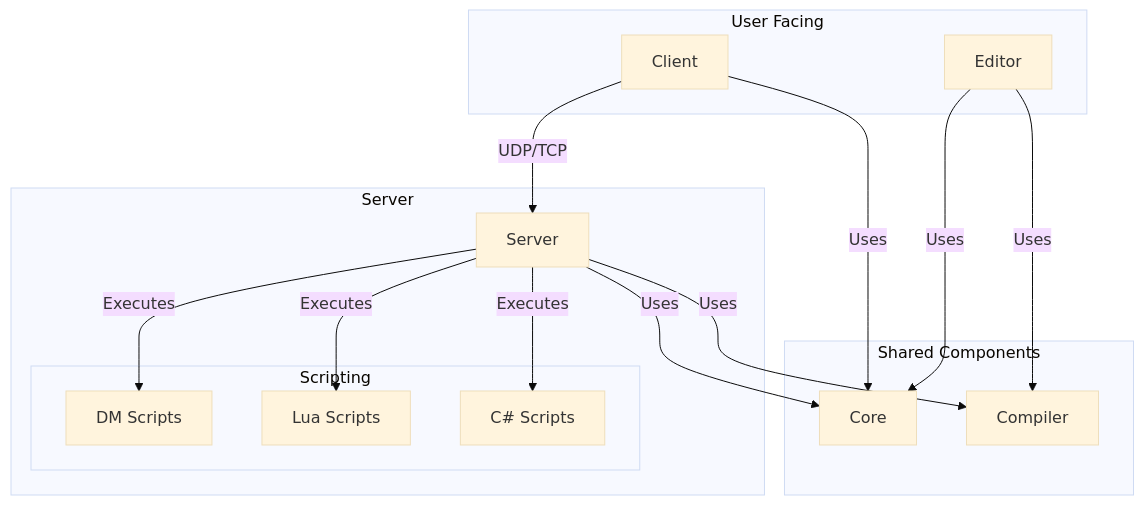
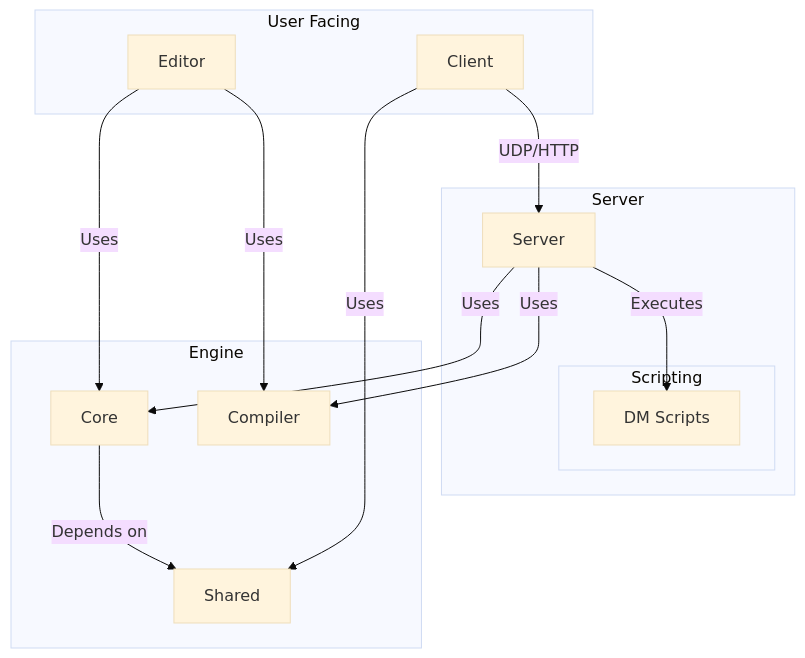
Before and after one commit to jojorwu/BYOND-2.0: the diagram in docs/en/architecture.md, drawn with Mermaid (base theme). The commit also changed other lines of this file and 1 other file, not shown here.

First line of the commit message:
feat(docs): enhance architecture documentation with more detail

````diff
--- a/docs/en/architecture.md
+++ b/docs/en/architecture.md
@@ -25,31 +36,30 @@
 ```mermaid
 graph TD
     subgraph "User Facing"
         C[Client]
         E[Editor]
     end
 
     subgraph Server
         S[Server]
         subgraph Scripting
             DM[DM Scripts]
-            LUA[Lua Scripts]
-            CS[C# Scripts]
         end
     end
 
-    subgraph "Shared Components"
+    subgraph "Engine"
         Co[Core]
+        Sh[Shared]
         CMP[Compiler]
     end
 
-    C -- "UDP/TCP" --> S
+    Co -- "Depends on" --> Sh
     S -- "Uses" --> Co
-    C -- "Uses" --> Co
+    C -- "Uses" --> Sh
     E -- "Uses" --> Co
     E -- "Uses" --> CMP
     S -- "Uses" --> CMP
     S -- "Executes" --> DM
-    S -- "Executes" --> LUA
-    S -- "Executes" --> CS
+
+    C -- "UDP/HTTP" --> S
 ```
````
